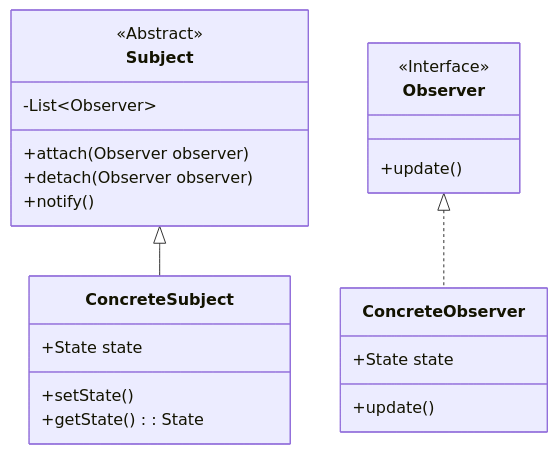
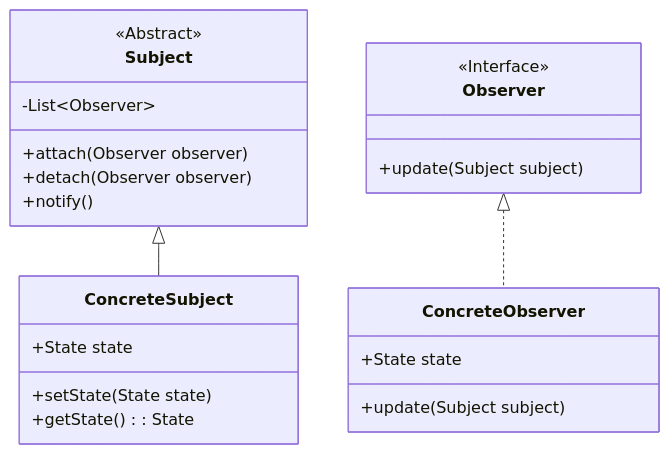
One commit to TendTo/Tutorato-Ingegneria-del-Software changed the first of 5 diagrams in lezioni/9-Observer, Composite, Strategy/README.md. Above: the diagram before and after it, drawn with Mermaid. The commit also changed other lines of this file and 13 other files, not shown here.

Commit message:
fix(lezioni-9): rename examples, fix schema

````diff
--- a/lezioni/9-Observer, Composite, Strategy/README.md
+++ b/lezioni/9-Observer, Composite, Strategy/README.md
@@ -35,31 +35,31 @@
 ```mermaid
 classDiagram
 direction TB
 
 class Subject {
     <<Abstract>>
     -List~Observer~
     +attach(Observer observer)
     +detach(Observer observer)
     +notify()
 }
 
 class ConcreteSubject {
     +State state
-    +setState()
+    +setState(State state)
     +getState(): State
 }
 
 class Observer {
     <<Interface>>
-    +update()
+    +update(Subject subject)
 }
 
 class ConcreteObserver {
     +State state
-    +update()
+    +update(Subject subject)
 }
 
 Subject <|-- ConcreteSubject
 Observer <|.. ConcreteObserver
 ```
````
